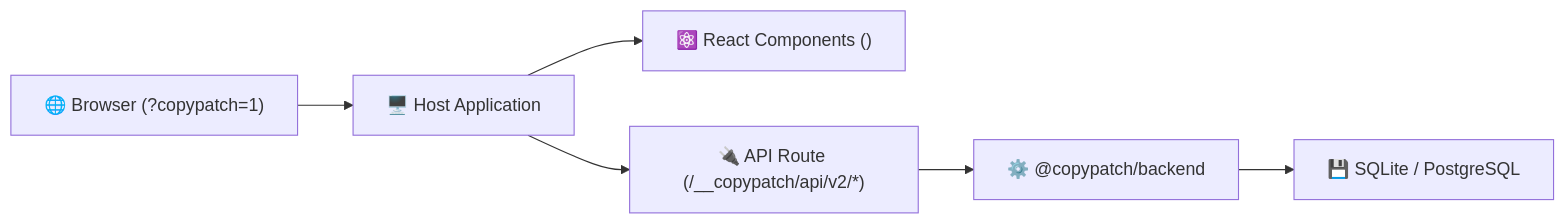
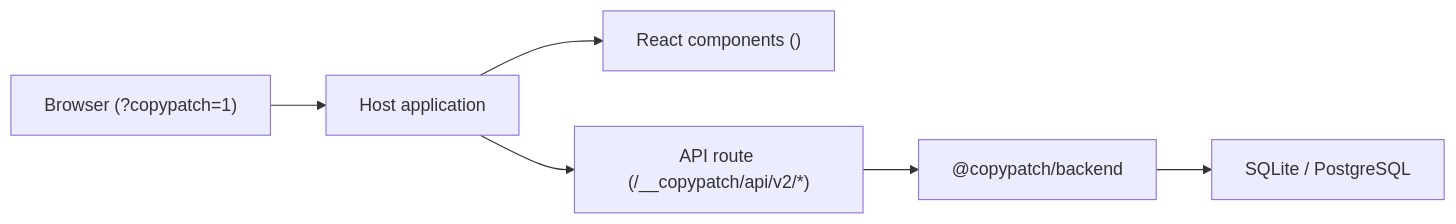
One commit to Woffluon/CopyPatch changed the diagram in README.md. Above: the diagram before and after it, drawn with Mermaid. The commit also changed other lines of this file and 109 other files, not shown here.

````diff
--- a/README.md
+++ b/README.md
@@ -40,8 +45,8 @@
 ```mermaid
 flowchart LR
-  Browser["🌐 Browser (?copypatch=1)"] --> Host["🖥️ Host Application"]
-  Host --> ReactView["⚛️ React Components (<EditableText>)"]
-  Host --> ApiRoute["🔌 API Route (/__copypatch/api/v2/*)"]
-  ApiRoute --> Backend["⚙️ @copypatch/backend"]
-  Backend --> Storage["💾 SQLite / PostgreSQL"]
+  Browser["Browser (?copypatch=1)"] --> Host["Host application"]
+  Host --> ReactView["React components (<EditableText>)"]
+  Host --> ApiRoute["API route (/__copypatch/api/v2/*)"]
+  ApiRoute --> Backend["@copypatch/backend"]
+  Backend --> Storage["SQLite / PostgreSQL"]
 ```
````
